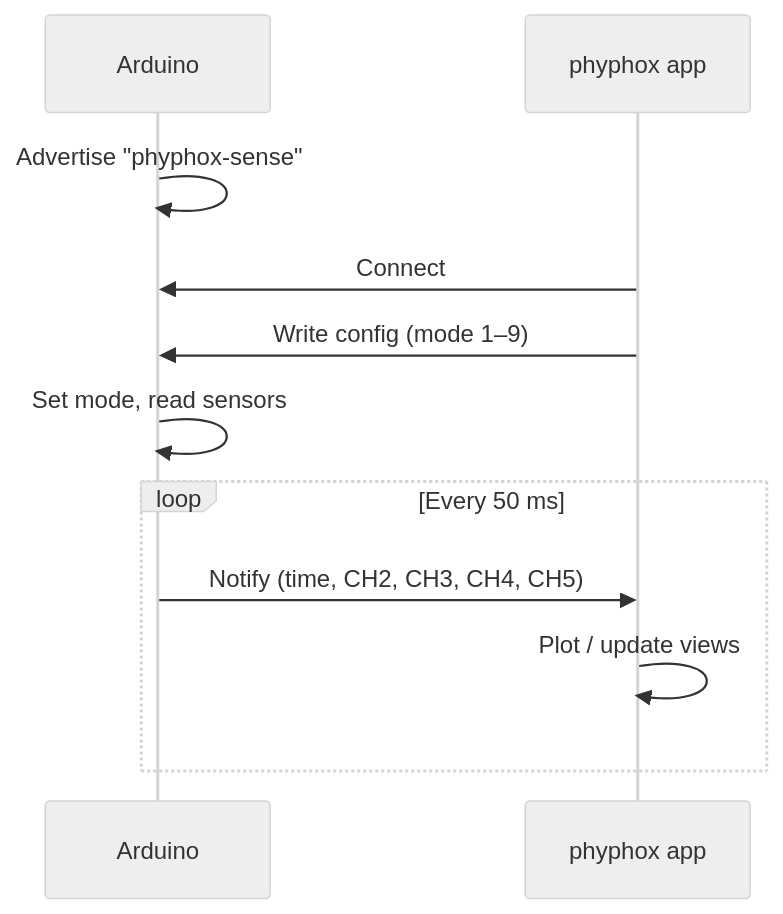
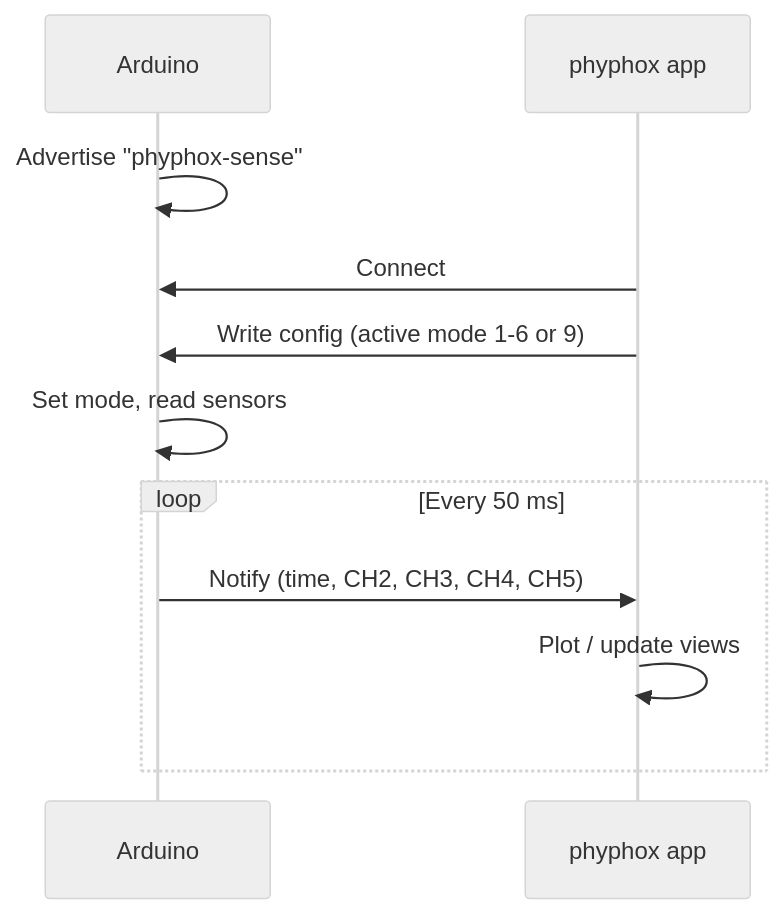
One commit to sebastianspicker/curious-signals changed the second of 3 diagrams in README.md. Above: the diagram before and after it, drawn with Mermaid (neutral theme). The commit also changed other lines of this file and 50 other files, not shown here.

````diff
--- a/README.md
+++ b/README.md
@@ -87,13 +91,13 @@
 ```mermaid
 sequenceDiagram
   participant Arduino
   participant App as phyphox app
   Arduino->>Arduino: Advertise "phyphox-sense"
   App->>Arduino: Connect
-  App->>Arduino: Write config (mode 1–9)
+  App->>Arduino: Write config (active mode 1-6 or 9)
   Arduino->>Arduino: Set mode, read sensors
   loop Every 50 ms
     Arduino->>App: Notify (time, CH2, CH3, CH4, CH5)
     App->>App: Plot / update views
   end
 ```
````
